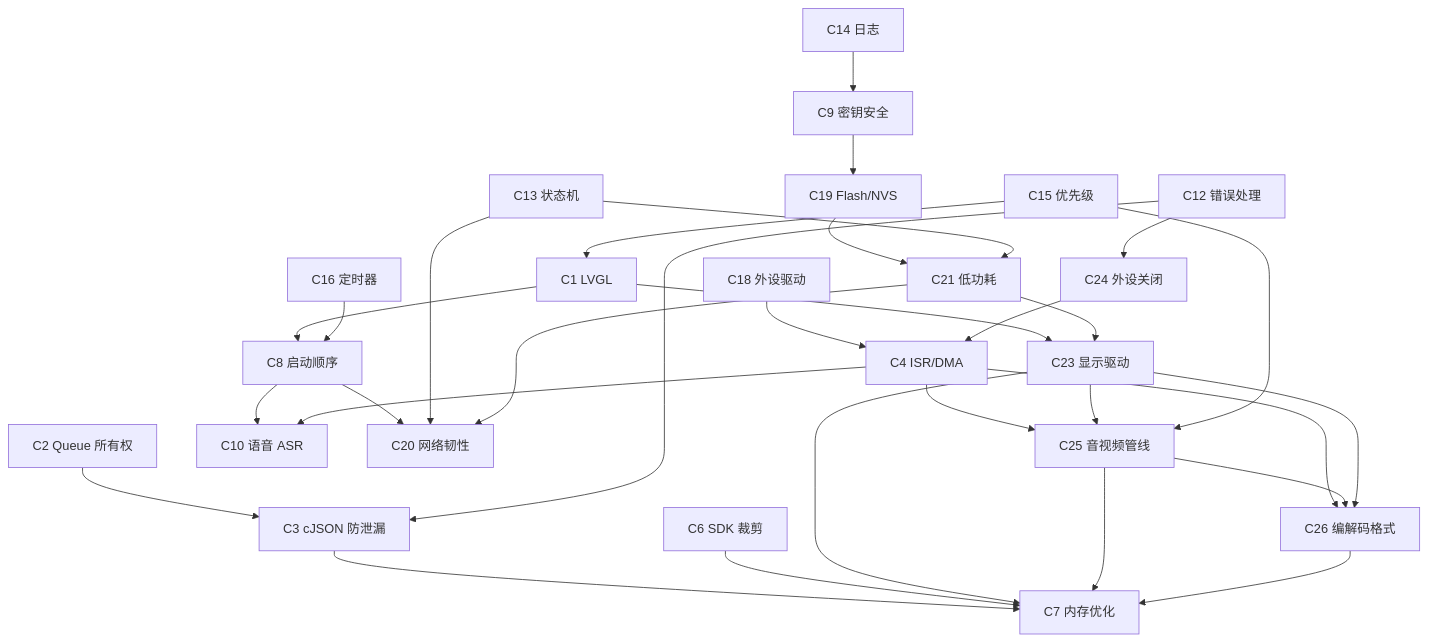
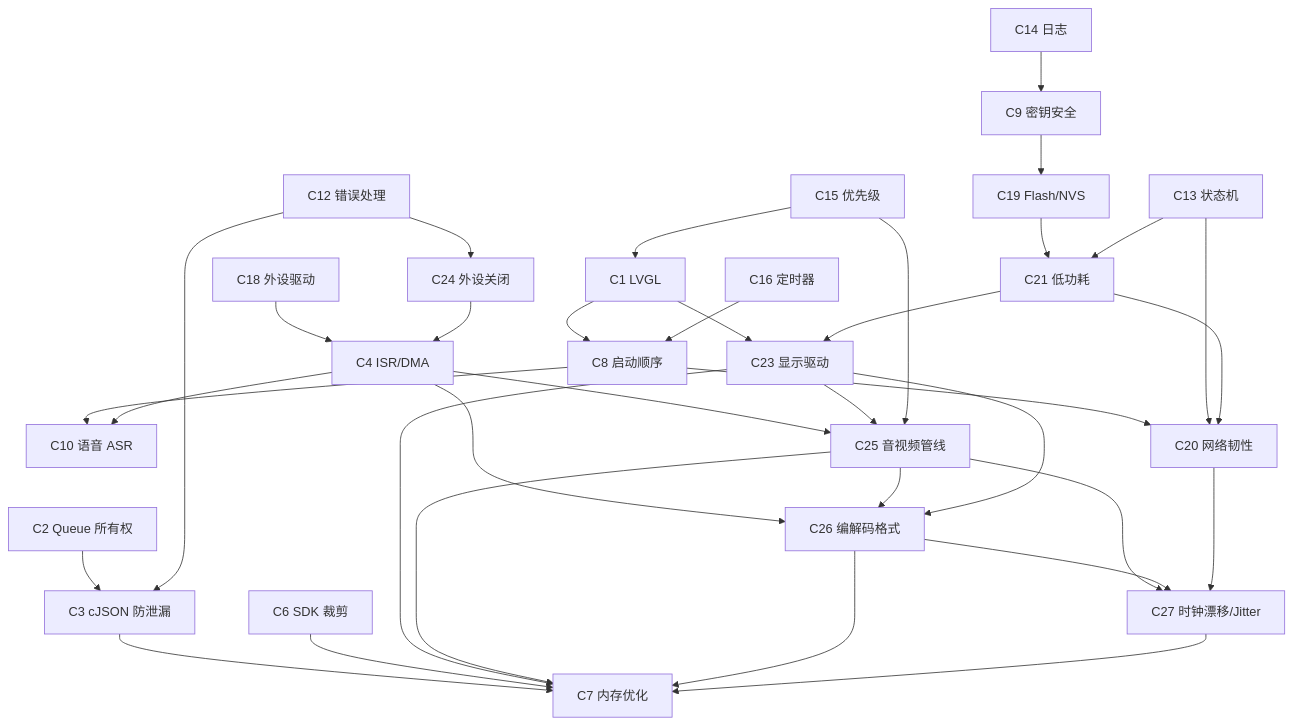
The diagram in freertos-skill-lite/references/constraint_graph.md (xuyalunyy-lgtm/rtos_lvgl_skill), drawn with Mermaid before and after one commit. The commit also changed other lines of this file and 39 other files, not shown here.

````diff
--- a/freertos-skill-lite/references/constraint_graph.md
+++ b/freertos-skill-lite/references/constraint_graph.md
@@ -11,33 +11,37 @@
 ```mermaid
 graph TD
     C2[ C2 Queue 所有权] --> C3[ C3 cJSON 防泄漏]
     C3 --> C7[ C7 内存优化]
     C6[ C6 SDK 裁剪] --> C7
     C8[ C8 启动顺序] --> C10[ C10 语音 ASR]
     C4[ C4 ISR/DMA] --> C10
     C9[ C9 密钥安全] --> C19[ C19 Flash/NVS]
     C8 --> C20[ C20 网络韧性]
     C1[ C1 LVGL 线程安全] --> C8
     C18[ C18 外设驱动] --> C4
     C15[ C15 优先级] --> C1[ C1 LVGL]
     C16[ C16 定时器] --> C8
     C12[ C12 错误处理] --> C3
     C13[ C13 状态机] --> C20
     C14[ C14 日志] --> C9
     C19[ C19 Flash/NVS] --> C21[ C21 低功耗]
     C21 --> C20
     C13 --> C21
     C1 --> C23[ C23 显示驱动]
     C23 --> C7
     C21 --> C23
     C12[ C12 错误处理] --> C24[ C24 外设关闭]
     C24 --> C4
     C4 --> C25[ C25 音视频管线]
     C23 --> C25
     C15 --> C25
     C25 --> C7
     C4 --> C26[ C26 编解码格式]
     C25 --> C26
     C23 --> C26
     C26 --> C7
+    C25 --> C27[ C27 时钟漂移/Jitter]
+    C26 --> C27
+    C20 --> C27
+    C27 --> C7
 ```
````
